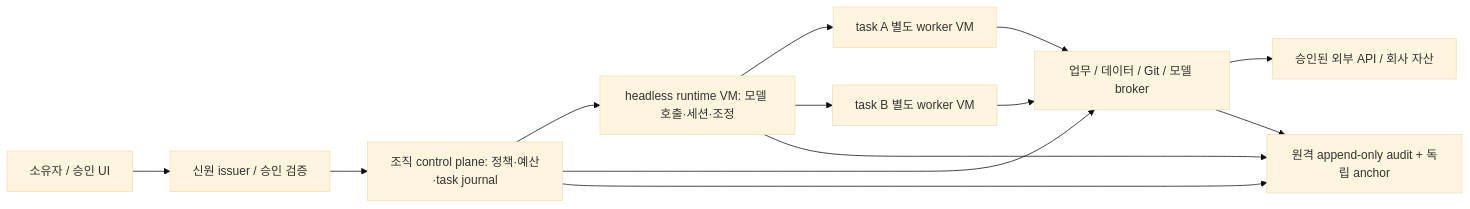
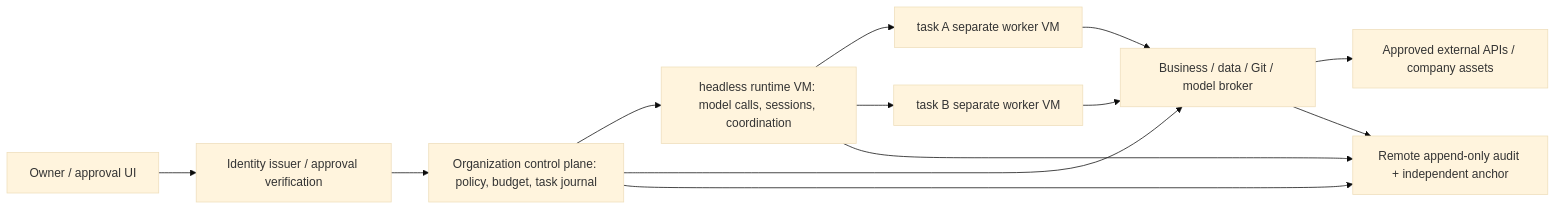
Before and after one commit to woojubb/robota: the diagram in research/agent-organization-security/organization-contract.md, drawn with Mermaid (base theme). The commit also changed other lines of this file and 11 other files, not shown here.

````diff
--- a/research/agent-organization-security/organization-contract.md
+++ b/research/agent-organization-security/organization-contract.md
@@ -78,15 +87,15 @@
 ```mermaid
 flowchart LR
-  U[소유자 / 승인 UI] --> I[신원 issuer / 승인 검증]
-  I --> C[조직 control plane: 정책·예산·task journal]
-  C --> R[headless runtime VM: 모델 호출·세션·조정]
-  R --> W1[task A 별도 worker VM]
-  R --> W2[task B 별도 worker VM]
-  W1 --> B[업무 / 데이터 / Git / 모델 broker]
+  U[Owner / approval UI] --> I[Identity issuer / approval verification]
+  I --> C[Organization control plane: policy, budget, task journal]
+  C --> R[headless runtime VM: model calls, sessions, coordination]
+  R --> W1[task A separate worker VM]
+  R --> W2[task B separate worker VM]
+  W1 --> B[Business / data / Git / model broker]
   W2 --> B
   C --> B
-  B --> E[승인된 외부 API / 회사 자산]
-  R --> A[원격 append-only audit + 독립 anchor]
+  B --> E[Approved external APIs / company assets]
+  R --> A[Remote append-only audit + independent anchor]
   B --> A
   C --> A
 ```
````
